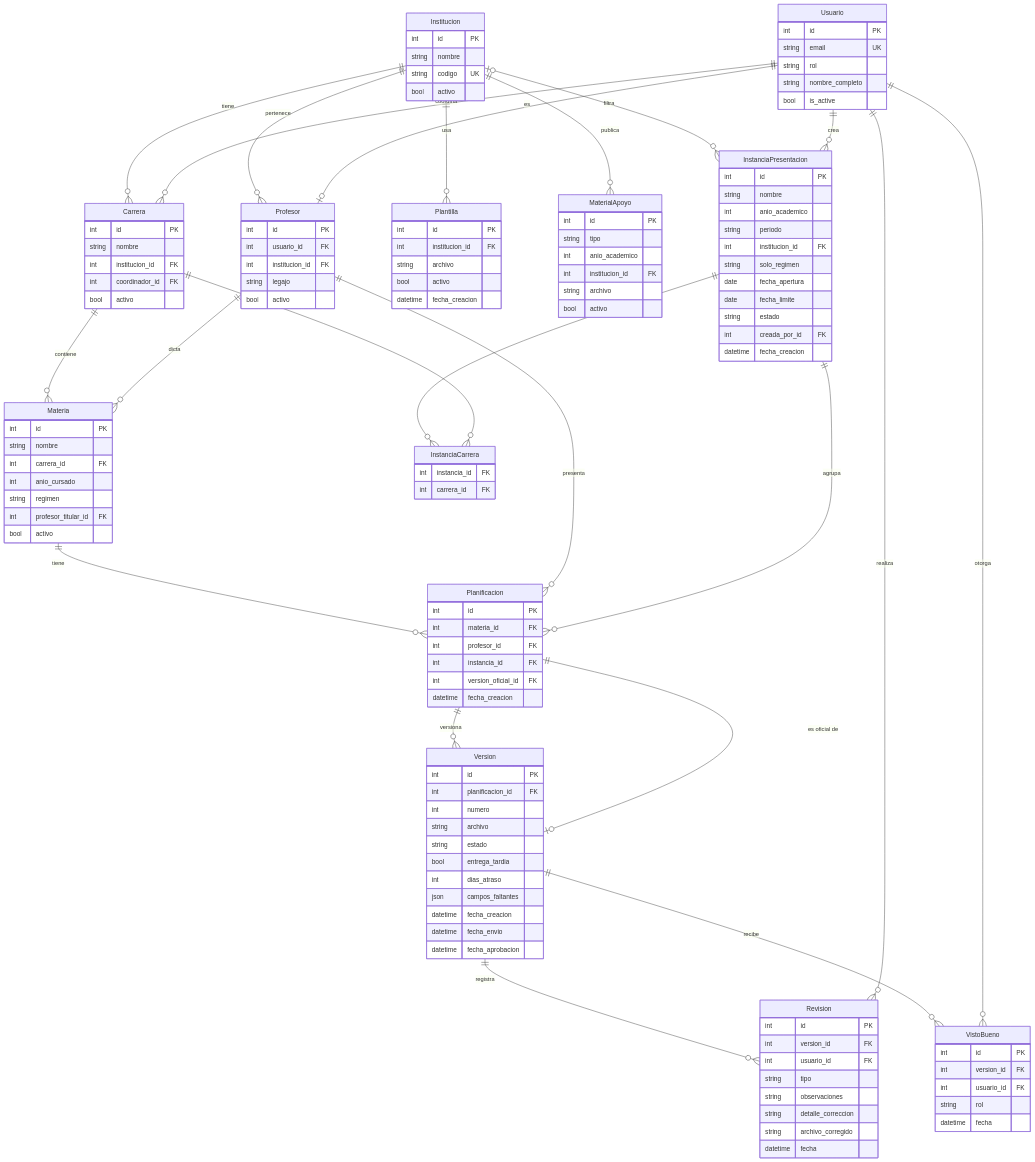
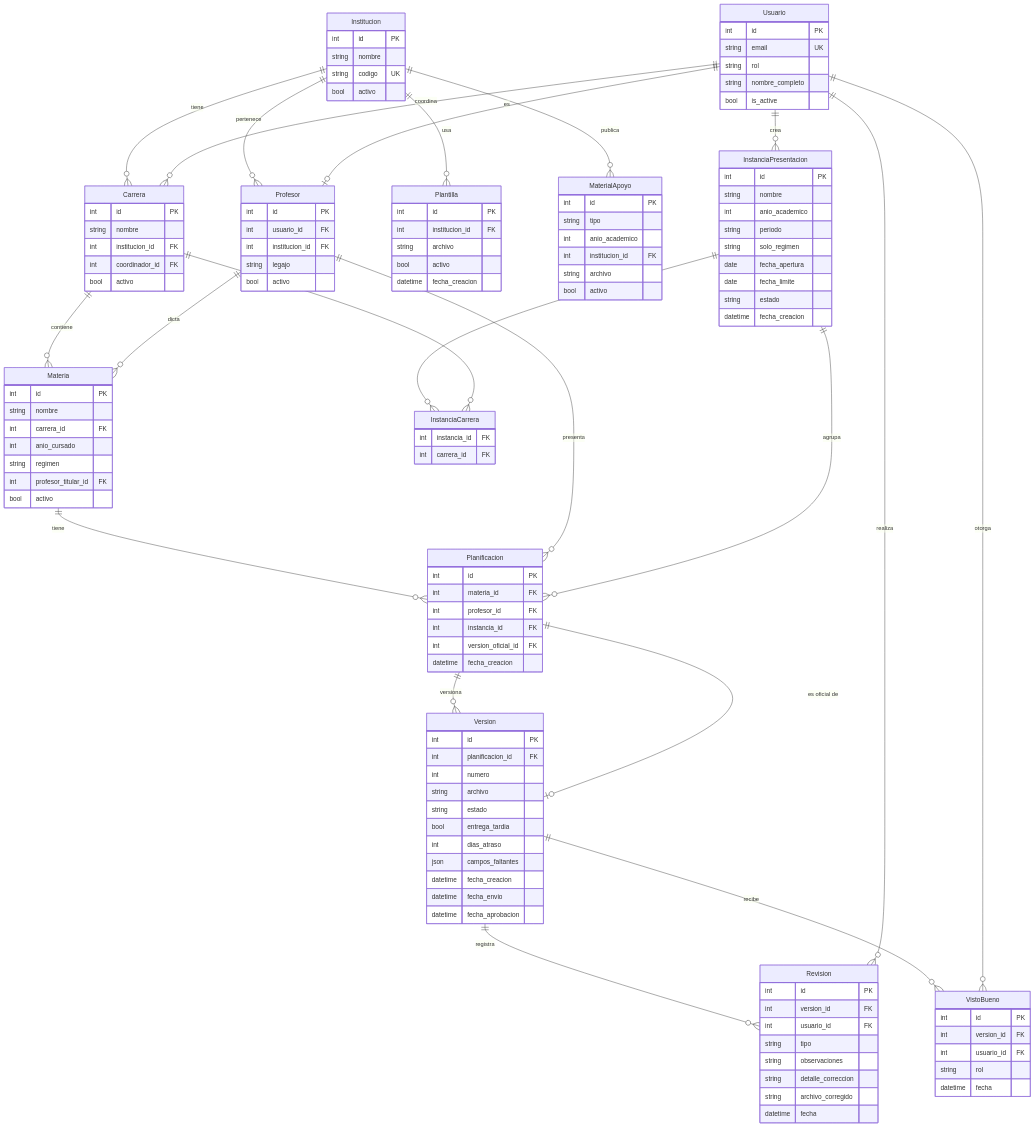
The first of 2 diagrams in docs/05-modelo/modelo-de-datos.md (NicoMiretti/planificacion-ices), drawn with Mermaid before and after one commit. The commit also changed other lines of this file and 6 other files, not shown here.

```diff
--- a/docs/05-modelo/modelo-de-datos.md
+++ b/docs/05-modelo/modelo-de-datos.md
@@ -76,12 +76,10 @@
         string nombre
         int anio_academico
         string periodo
-        int institucion_id FK
         string solo_regimen
         date fecha_apertura
         date fecha_limite
         string estado
-        int creada_por_id FK
         datetime fecha_creacion
     }
 
@@ -149,10 +147,9 @@
     %% Instancias
     InstanciaPresentacion ||--o{ InstanciaCarrera : ""
     Carrera ||--o{ InstanciaCarrera : ""
-    Institucion |o--o{ InstanciaPresentacion : "filtra"
     Usuario ||--o{ InstanciaPresentacion : "crea"
 
-    %% Planificaciones
+    %% Planificaciones (auto-creadas por signal m2m_changed al asignar carreras)
     Materia ||--o{ Planificacion : "tiene"
     Profesor ||--o{ Planificacion : "presenta"
     InstanciaPresentacion ||--o{ Planificacion : "agrupa"
```
